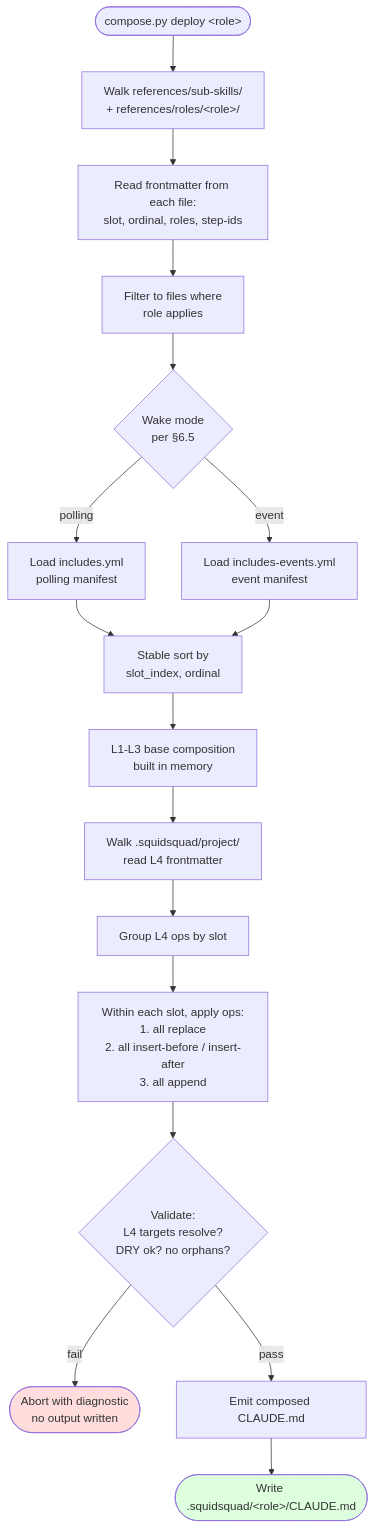
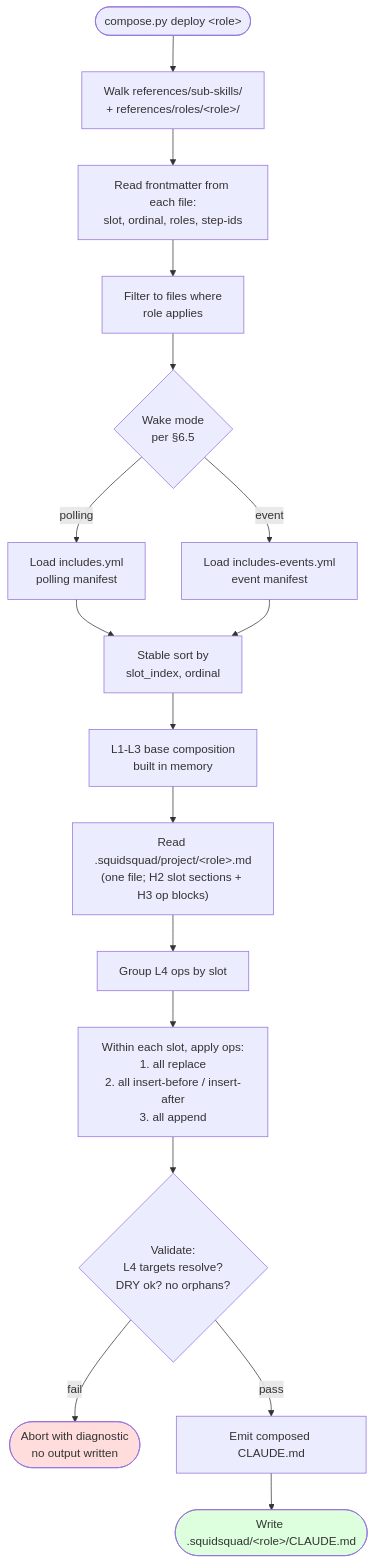
The fourth of 8 diagrams in docs/COMPOSE-ARCHITECTURE.md (WallyDoodlez/SquidSquad), drawn with Mermaid before and after one commit. The commit also changed other lines of this file and 1 other file, not shown here.

````diff
--- a/docs/COMPOSE-ARCHITECTURE.md
+++ b/docs/COMPOSE-ARCHITECTURE.md
@@ -264,21 +281,21 @@
 ```mermaid
 flowchart TB
   Start([compose.py deploy &lt;role&gt;]) --> Walk[Walk references/sub-skills/<br/>+ references/roles/&lt;role&gt;/]
   Walk --> Parse[Read frontmatter from each file:<br/>slot, ordinal, roles, step-ids]
   Parse --> Filter[Filter to files where<br/>role applies]
   Filter --> WakeMode{Wake mode<br/>per §6.5}
   WakeMode -->|polling| MP[Load includes.yml<br/>polling manifest]
   WakeMode -->|event| ME[Load includes-events.yml<br/>event manifest]
   MP --> Sort
   ME --> Sort[Stable sort by<br/>slot_index, ordinal]
   Sort --> Base[L1-L3 base composition<br/>built in memory]
-  Base --> L4Walk[Walk .squidsquad/project/<br/>read L4 frontmatter]
+  Base --> L4Walk["Read .squidsquad/project/&lt;role&gt;.md<br/>(one file; H2 slot sections + H3 op blocks)"]
   L4Walk --> L4Group[Group L4 ops by slot]
   L4Group --> L4Apply[Within each slot, apply ops:<br/>1. all replace<br/>2. all insert-before / insert-after<br/>3. all append]
   L4Apply --> Validate{Validate:<br/>L4 targets resolve?<br/>DRY ok? no orphans?}
   Validate -->|fail| Abort([Abort with diagnostic<br/>no output written])
   Validate -->|pass| Emit[Emit composed CLAUDE.md]
   Emit --> Write([Write .squidsquad/&lt;role&gt;/CLAUDE.md])
   style Abort fill:#fdd
   style Write fill:#dfd
 ```
````
